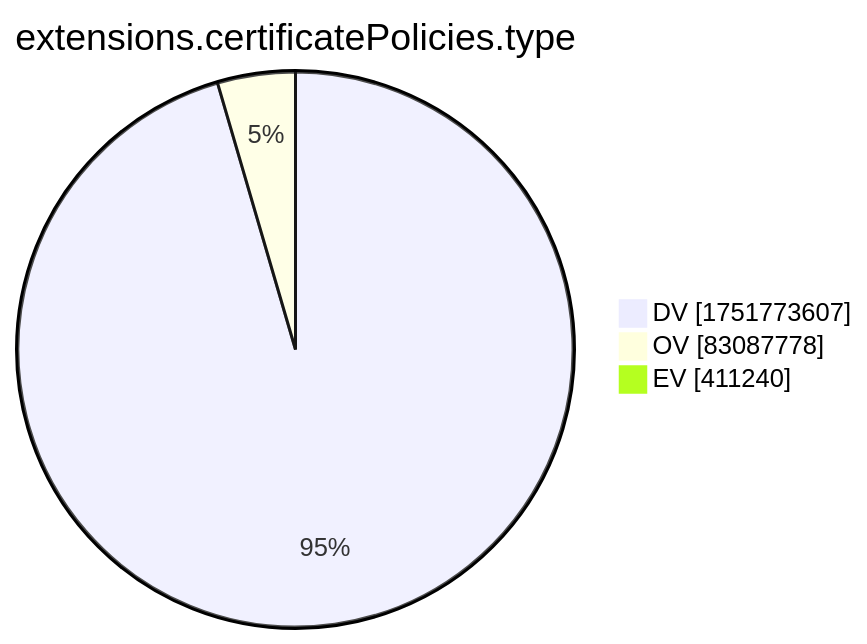
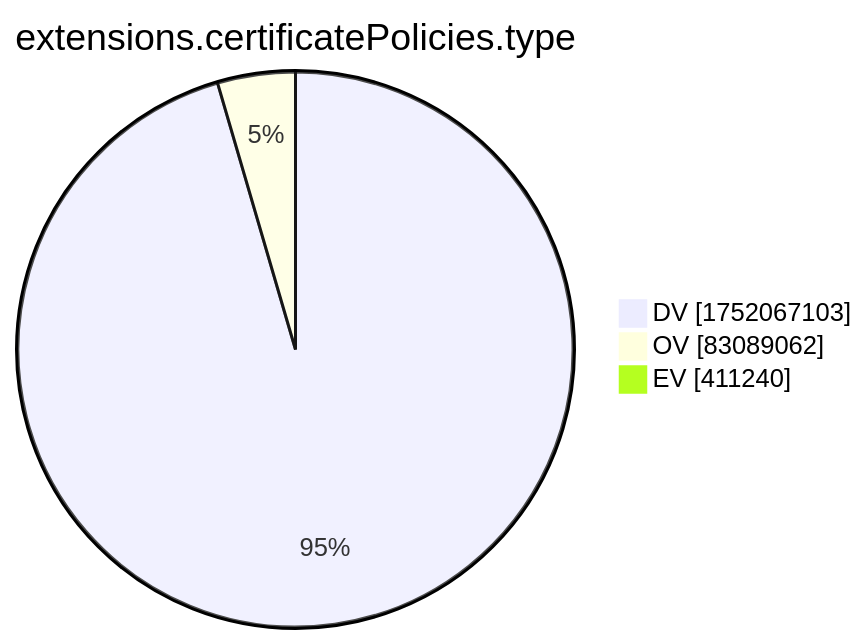
Before and after one commit to christiankrug/ctmonitor_visualization: the tenth of 15 diagrams in xenon2022/README.md, drawn with Mermaid. The commit also changed other lines of this file, not shown here.

````diff
--- a/xenon2022/README.md
+++ b/xenon2022/README.md
@@ -2881,7 +2881,7 @@
 ```mermaid
 pie showData
 title extensions.certificatePolicies.type
-"DV" :1751773607
-"OV" :83087778
+"DV" :1752067103
+"OV" :83089062
 "EV" :411240
 ```
````
